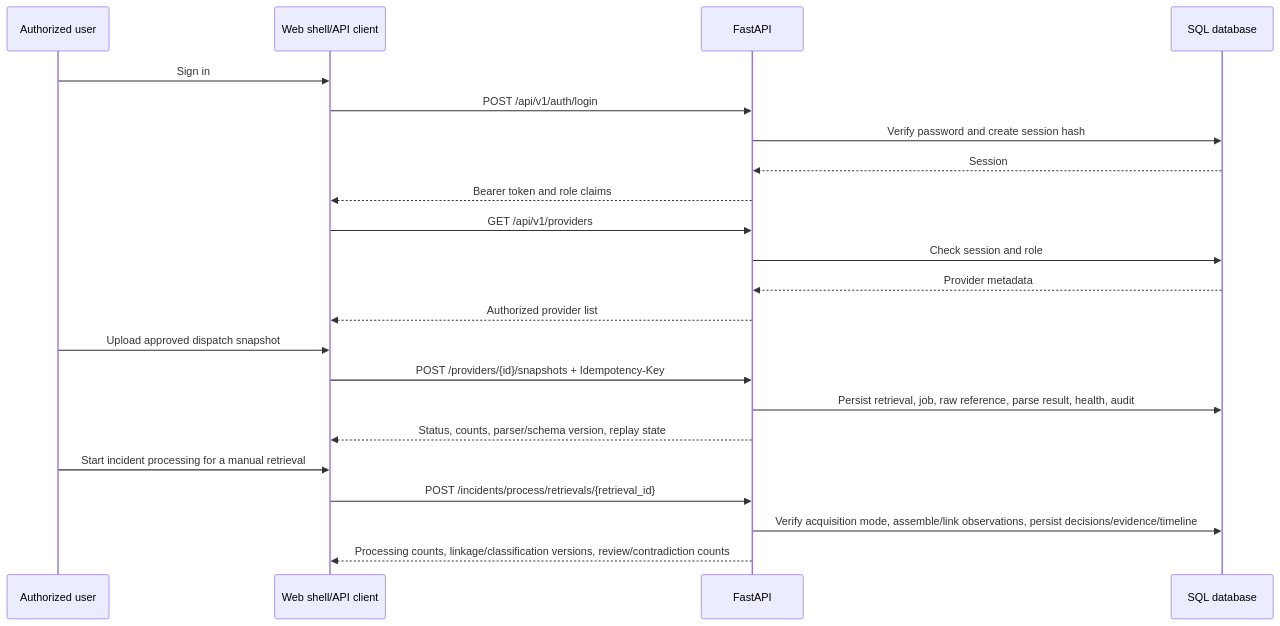
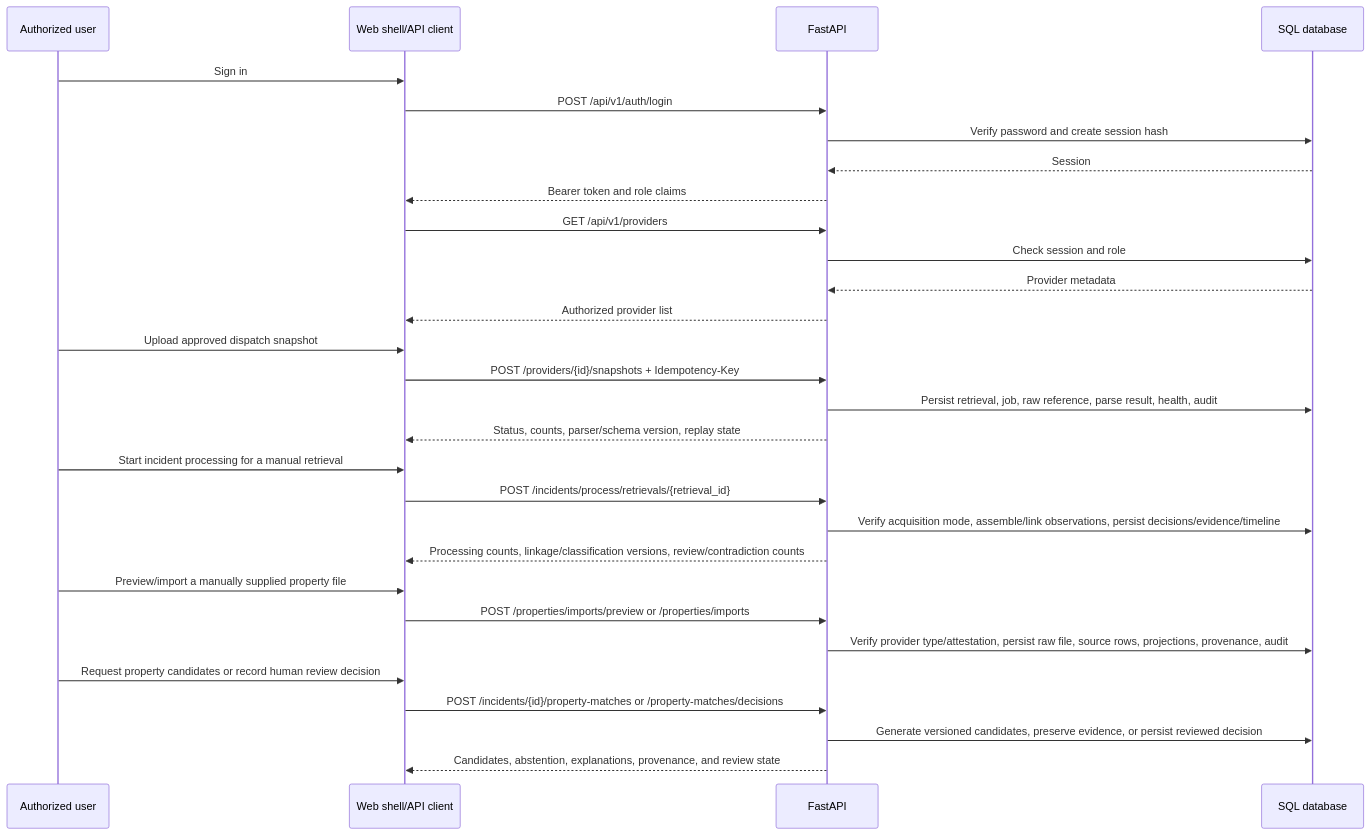
Before and after one commit to prospercode11/beyond-fire-radar: the second of 2 diagrams in docs/architecture/system-context.md, drawn with Mermaid. The commit also changed other lines of this file and 31 other files, not shown here.

````diff
--- a/docs/architecture/system-context.md
+++ b/docs/architecture/system-context.md
@@ -30,24 +30,31 @@
 ```mermaid
 sequenceDiagram
   participant U as Authorized user
   participant W as Web shell/API client
   participant A as FastAPI
   participant DB as SQL database
   U->>W: Sign in
   W->>A: POST /api/v1/auth/login
   A->>DB: Verify password and create session hash
   DB-->>A: Session
   A-->>W: Bearer token and role claims
   W->>A: GET /api/v1/providers
   A->>DB: Check session and role
   DB-->>A: Provider metadata
   A-->>W: Authorized provider list
   U->>W: Upload approved dispatch snapshot
   W->>A: POST /providers/{id}/snapshots + Idempotency-Key
   A->>DB: Persist retrieval, job, raw reference, parse result, health, audit
   A-->>W: Status, counts, parser/schema version, replay state
   U->>W: Start incident processing for a manual retrieval
   W->>A: POST /incidents/process/retrievals/{retrieval_id}
   A->>DB: Verify acquisition mode, assemble/link observations, persist decisions/evidence/timeline
   A-->>W: Processing counts, linkage/classification versions, review/contradiction counts
+  U->>W: Preview/import a manually supplied property file
+  W->>A: POST /properties/imports/preview or /properties/imports
+  A->>DB: Verify provider type/attestation, persist raw file, source rows, projections, provenance, audit
+  U->>W: Request property candidates or record human review decision
+  W->>A: POST /incidents/{id}/property-matches or /property-matches/decisions
+  A->>DB: Generate versioned candidates, preserve evidence, or persist reviewed decision
+  A-->>W: Candidates, abstention, explanations, provenance, and review state
 ```
````
